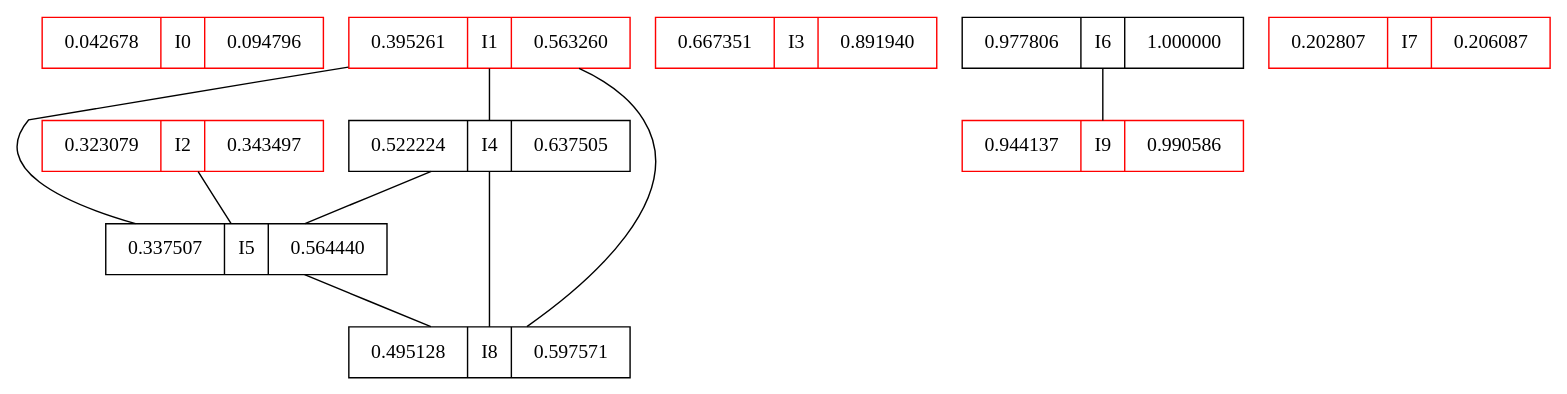
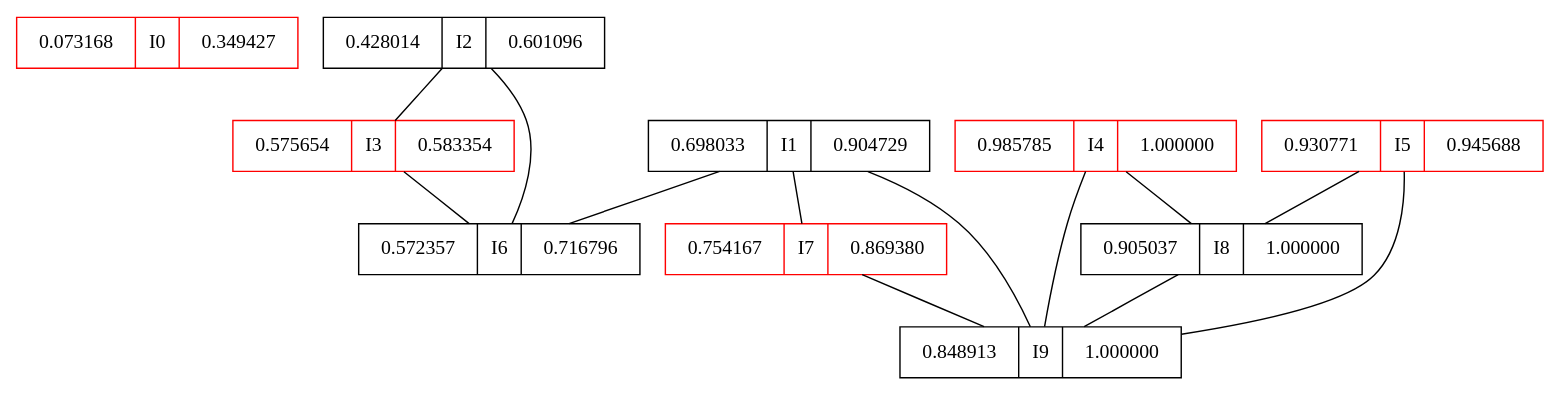
The diagram in maximum_sets/graphDot/Intervals-10-4.dot (rajasekhar02/practiceCpp), drawn with Graphviz before and after one commit. The commit also changed 18 other files, not shown here.

```diff
--- a/maximum_sets/graphDot/Intervals-10-4.dot
+++ b/maximum_sets/graphDot/Intervals-10-4.dot
@@ -1,25 +1,27 @@
 graph IntervalGraph {
-struct0 [shape=record, color=red, label="0.042678|I0|0.094796"]
-struct1 [shape=record, color=red, label="0.395261|I1|0.563260"]
-struct2 [shape=record, color=red, label="0.323079|I2|0.343497"]
-struct3 [shape=record, color=red, label="0.667351|I3|0.891940"]
-struct4 [shape=record, color=black, label="0.522224|I4|0.637505"]
-struct5 [shape=record, color=black, label="0.337507|I5|0.564440"]
-struct6 [shape=record, color=black, label="0.977806|I6|1.000000"]
-struct7 [shape=record, color=red, label="0.202807|I7|0.206087"]
-struct8 [shape=record, color=black, label="0.495128|I8|0.597571"]
-struct9 [shape=record, color=red, label="0.944137|I9|0.990586"]
+struct0 [shape=record, color=red, label="0.073168|I0|0.349427"]
+struct1 [shape=record, color=black, label="0.698033|I1|0.904729"]
+struct2 [shape=record, color=black, label="0.428014|I2|0.601096"]
+struct3 [shape=record, color=red, label="0.575654|I3|0.583354"]
+struct4 [shape=record, color=red, label="0.985785|I4|1.000000"]
+struct5 [shape=record, color=red, label="0.930771|I5|0.945688"]
+struct6 [shape=record, color=black, label="0.572357|I6|0.716796"]
+struct7 [shape=record, color=red, label="0.754167|I7|0.869380"]
+struct8 [shape=record, color=black, label="0.905037|I8|1.000000"]
+struct9 [shape=record, color=black, label="0.848913|I9|1.000000"]
  struct0;
- struct1 -- struct4;
- struct1 -- struct5;
- struct1 -- struct8;
- struct2 -- struct5;
- struct3;
- struct4 -- struct5;
+ struct1 -- struct6;
+ struct1 -- struct7;
+ struct1 -- struct9;
+ struct2 -- struct3;
+ struct2 -- struct6;
+ struct3 -- struct6;
  struct4 -- struct8;
+ struct4 -- struct9;
  struct5 -- struct8;
- struct6 -- struct9;
- struct7;
- struct8;
+ struct5 -- struct9;
+ struct6;
+ struct7 -- struct9;
+ struct8 -- struct9;
  struct9;
 }
```
